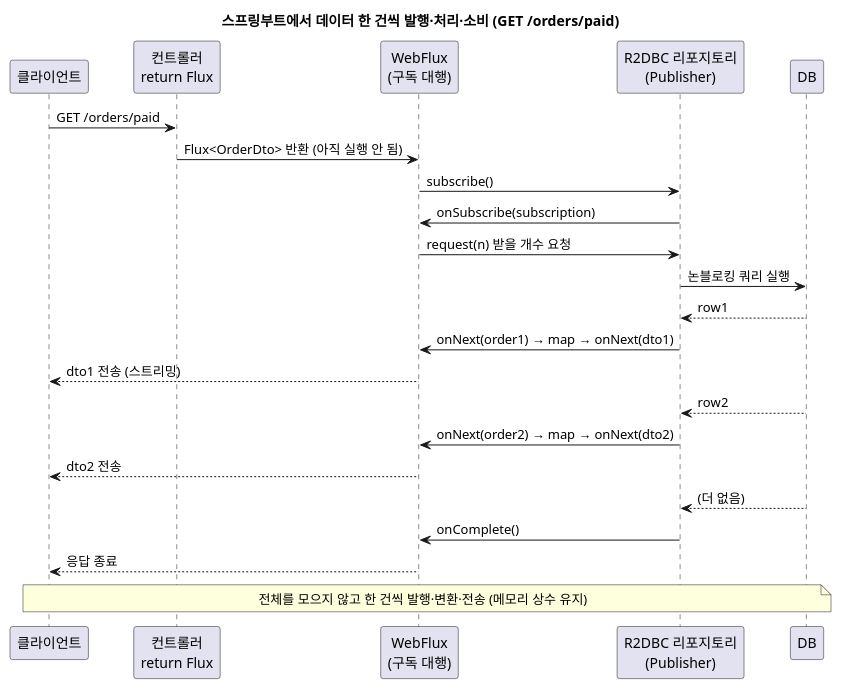
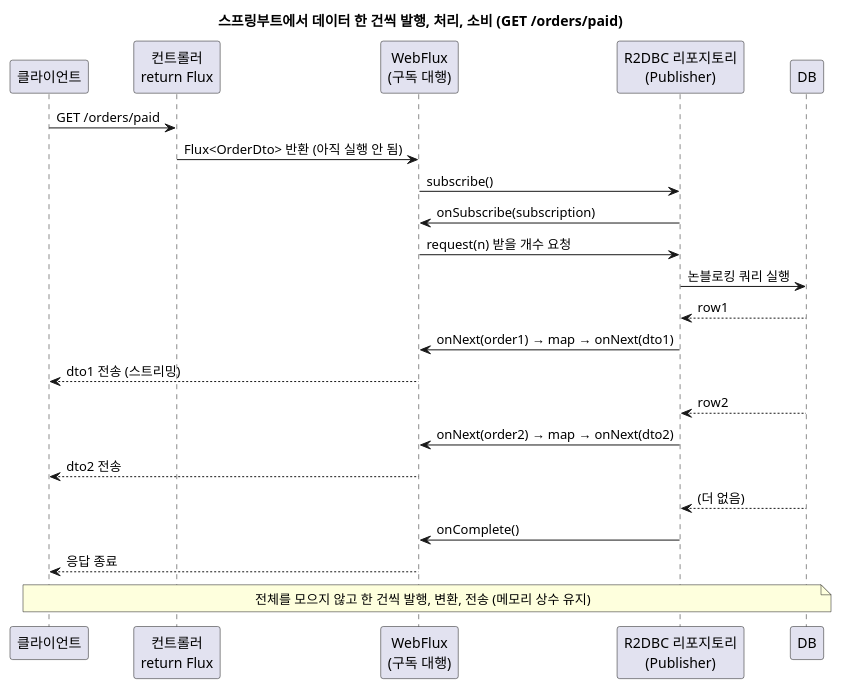
One commit to johnycho/johny-dev changed the fourth of 4 diagrams in blog/2026-09-25-reactive-streams-spec.mdx. Above: the diagram before and after it, drawn with PlantUML. The commit also changed other lines of this file and 188 other files, not shown here.

````diff
--- a/blog/2026-09-25-reactive-streams-spec.mdx
+++ b/blog/2026-09-25-reactive-streams-spec.mdx
@@ -226,27 +226,27 @@
 ```plantuml
 @startuml
-title 스프링부트에서 데이터 한 건씩 발행·처리·소비 (GET /orders/paid)
+title 스프링부트에서 데이터 한 건씩 발행, 처리, 소비 (GET /orders/paid)
 participant "클라이언트" as C
 participant "컨트롤러\nreturn Flux" as Ctl
 participant "WebFlux\n(구독 대행)" as W
 participant "R2DBC 리포지토리\n(Publisher)" as R
 participant "DB" as DB
 
 C -> Ctl : GET /orders/paid
 Ctl -> W : Flux<OrderDto> 반환 (아직 실행 안 됨)
 W -> R : subscribe()
 R -> W : onSubscribe(subscription)
 W -> R : request(n) 받을 개수 요청
 R -> DB : 논블로킹 쿼리 실행
 DB --> R : row1
 R -> W : onNext(order1) → map → onNext(dto1)
 W --> C : dto1 전송 (스트리밍)
 DB --> R : row2
 R -> W : onNext(order2) → map → onNext(dto2)
 W --> C : dto2 전송
 DB --> R : (더 없음)
 R -> W : onComplete()
 W --> C : 응답 종료
-note over C, DB : 전체를 모으지 않고 한 건씩 발행·변환·전송 (메모리 상수 유지)
+note over C, DB : 전체를 모으지 않고 한 건씩 발행, 변환, 전송 (메모리 상수 유지)
 @enduml
 ```
````
